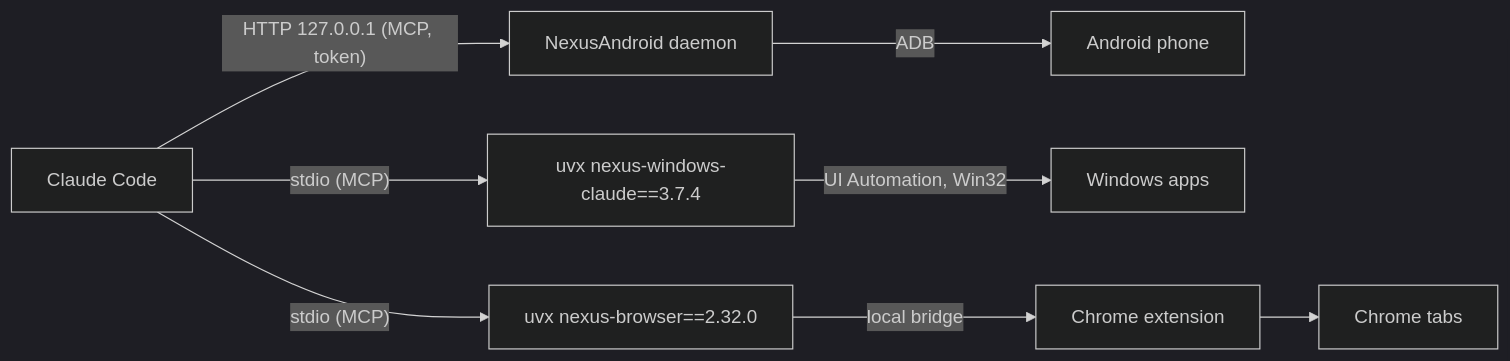
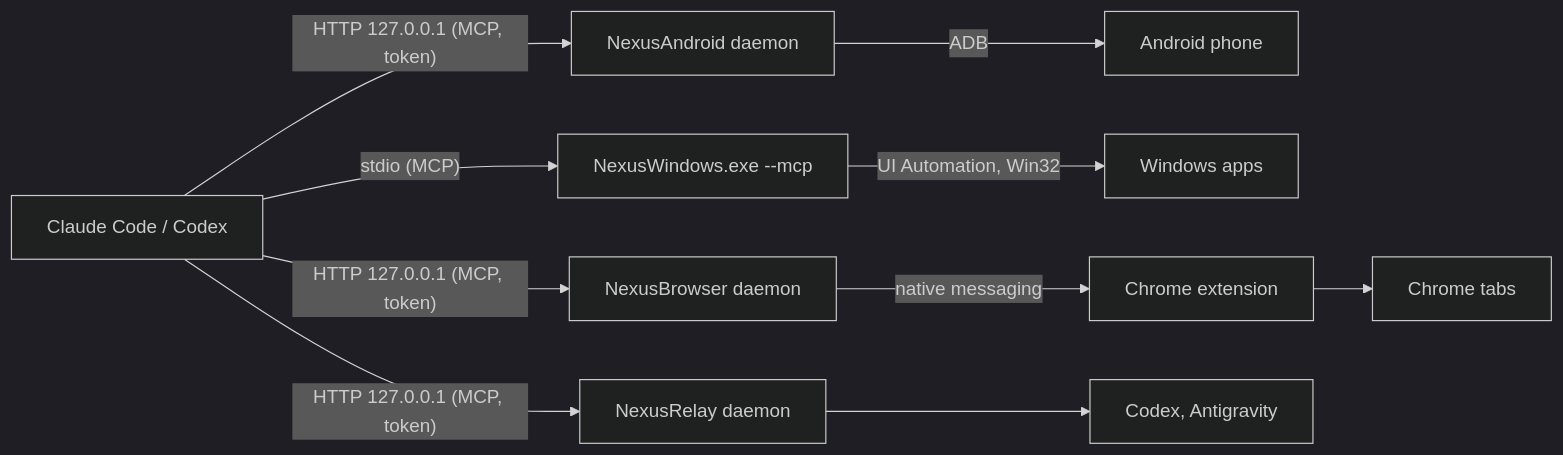
Before and after one commit to pironjulien/NexusSystem: the diagram in README.md, drawn with Mermaid (dark theme). The commit also changed other lines of this file and 36 other files, not shown here.

Commit message:
1.6.33: complete native Windows and Browser catalog without Python prerequisites

````diff
--- a/README.md
+++ b/README.md
@@ -168,6 +155,7 @@
 ```mermaid
 flowchart LR
-    C["Claude Code"] -- "HTTP 127.0.0.1 (MCP, token)" --> A["NexusAndroid daemon"] -- ADB --> P["Android phone"]
-    C -- "stdio (MCP)" --> W["uvx nexus-windows-claude==3.7.4"] -- "UI Automation, Win32" --> D["Windows apps"]
-    C -- "stdio (MCP)" --> B["uvx nexus-browser==2.32.0"] -- "local bridge" --> E["Chrome extension"] --> T["Chrome tabs"]
+    C["Claude Code / Codex"] -- "HTTP 127.0.0.1 (MCP, token)" --> A["NexusAndroid daemon"] -- ADB --> P["Android phone"]
+    C -- "stdio (MCP)" --> W["NexusWindows.exe --mcp"] -- "UI Automation, Win32" --> D["Windows apps"]
+    C -- "HTTP 127.0.0.1 (MCP, token)" --> B["NexusBrowser daemon"] -- "native messaging" --> E["Chrome extension"] --> T["Chrome tabs"]
+    C -- "HTTP 127.0.0.1 (MCP, token)" --> R["NexusRelay daemon"] --> O["Codex, Antigravity"]
 ```
````
